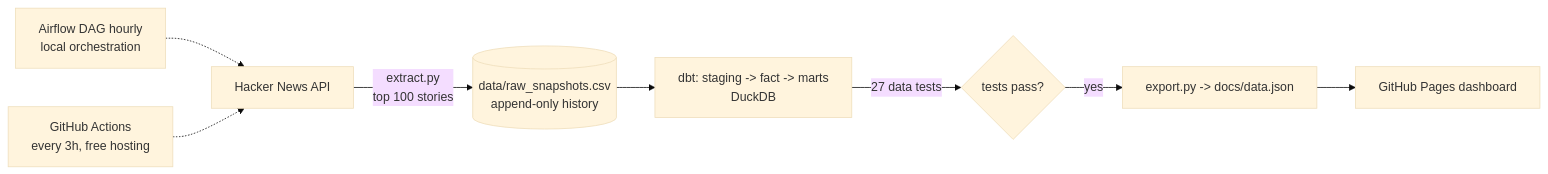
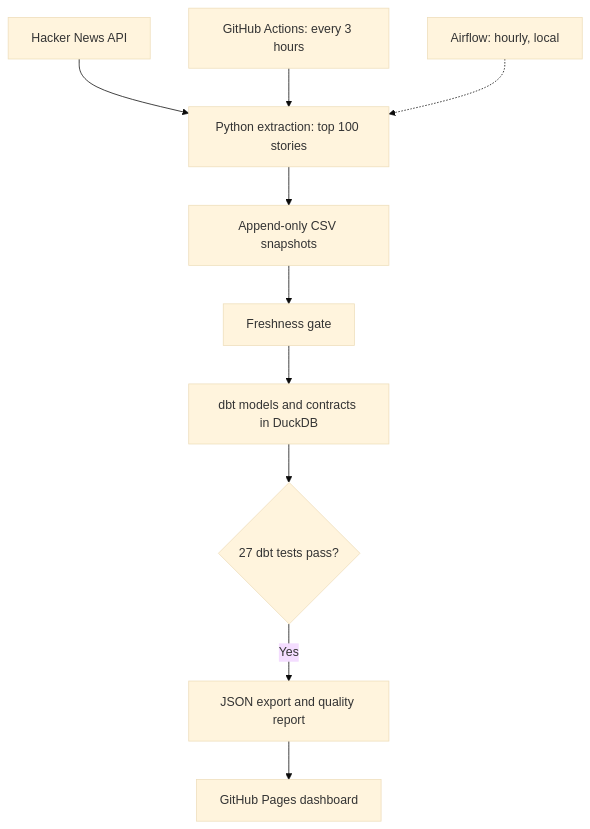
One commit to VasilenData/hn-pulse changed the diagram in README.md. Above: the diagram before and after it, drawn with Mermaid (base theme). The commit also changed other lines of this file and 2 other files, not shown here.

Commit message:
Fix freshness timestamps and preserve cached-client compatibility

````diff
--- a/README.md
+++ b/README.md
@@ -13,10 +15,12 @@
 ```mermaid
-flowchart LR
-    A[Hacker News API] -->|extract.py<br/>top 100 stories| B[(data/raw_snapshots.csv<br/>append-only history)]
-    B --> C[dbt: staging -> fact -> marts<br/>DuckDB]
-    C -->|27 data tests| D{tests pass?}
-    D -->|yes| E[export.py -> docs/data.json]
-    E --> F[GitHub Pages dashboard]
-    G[Airflow DAG hourly<br/>local orchestration] -.-> A
-    H[GitHub Actions<br/>every 3h, free hosting] -.-> A
+flowchart TD
+    A["Hacker News API"] --> B["Python extraction: top 100 stories"]
+    H["GitHub Actions: every 3 hours"] --> B
+    G["Airflow: hourly, local"] -.-> B
+    B --> C["Append-only CSV snapshots"]
+    C --> I["Freshness gate"]
+    I --> J["dbt models and contracts in DuckDB"]
+    J --> D{"27 dbt tests pass?"}
+    D -->|Yes| E["JSON export and quality report"]
+    E --> F["GitHub Pages dashboard"]
 ```
````
